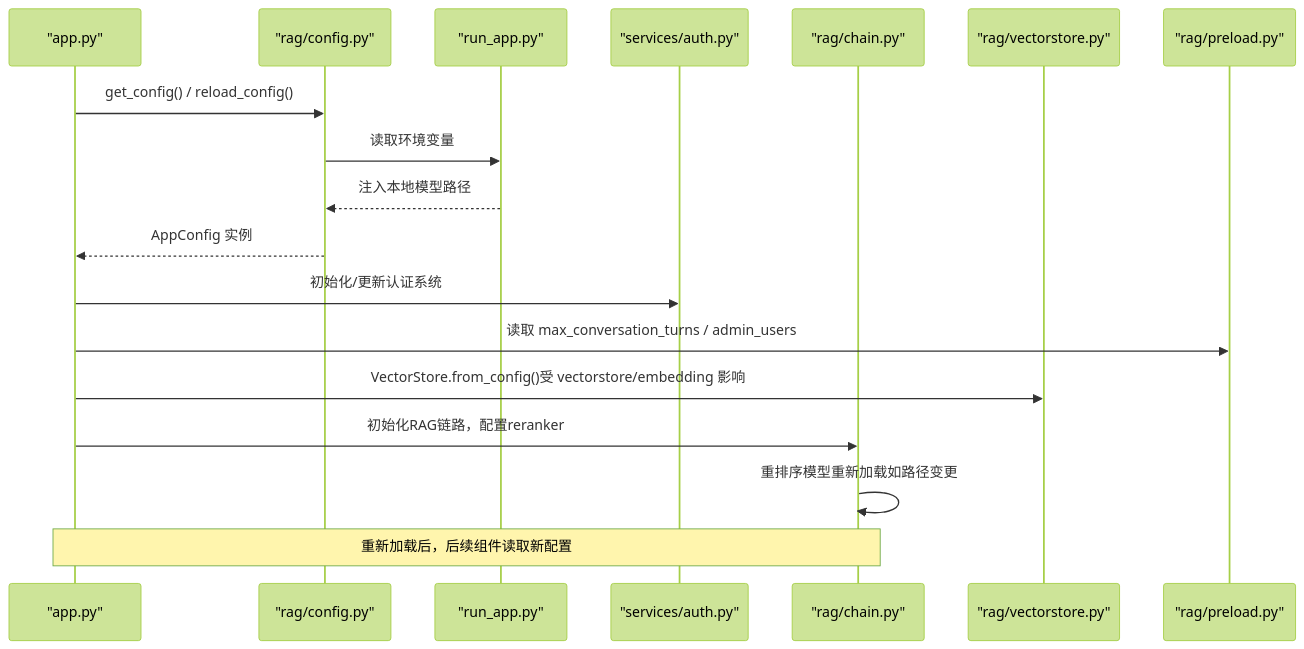
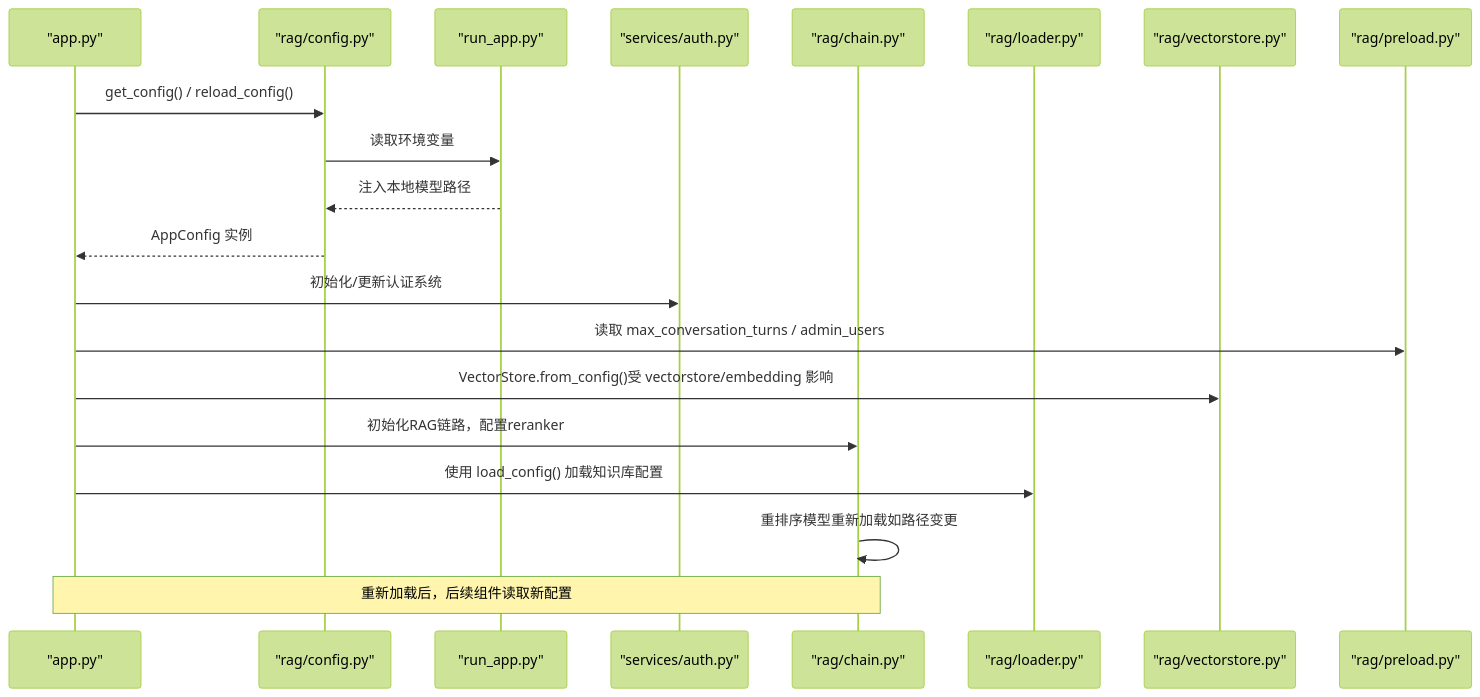
Before and after one commit to joyafa/knowledge: the fifth of 7 diagrams in .qoder/repowiki/zh/content/RAG核心引擎/配置管理系统.md, drawn with Mermaid (forest theme). The commit also changed other lines of this file and 20 other files, not shown here.

````diff
--- a/.qoder/repowiki/zh/content/RAG核心引擎/配置管理系统.md
+++ b/.qoder/repowiki/zh/content/RAG核心引擎/配置管理系统.md
@@ -329,20 +333,22 @@
 ```mermaid
 sequenceDiagram
 participant APP as "app.py"
 participant CFG as "rag/config.py"
 participant RUNTIME as "run_app.py"
 participant AUTH as "services/auth.py"
 participant CHAIN as "rag/chain.py"
+participant LOADER as "rag/loader.py"
 participant VS as "rag/vectorstore.py"
 participant PRE as "rag/preload.py"
 APP->>CFG : get_config() / reload_config()
 CFG->>RUNTIME : 读取环境变量
 RUNTIME-->>CFG : 注入本地模型路径
 CFG-->>APP : AppConfig 实例
 APP->>AUTH : 初始化/更新认证系统
 APP->>PRE : 读取 max_conversation_turns / admin_users
 APP->>VS : VectorStore.from_config()受 vectorstore/embedding 影响
 APP->>CHAIN : 初始化RAG链路，配置reranker
+APP->>LOADER : 使用 load_config() 加载知识库配置
 CHAIN->>CHAIN : 重排序模型重新加载如路径变更
 Note over APP,CHAIN : 重新加载后，后续组件读取新配置
 ```
````
